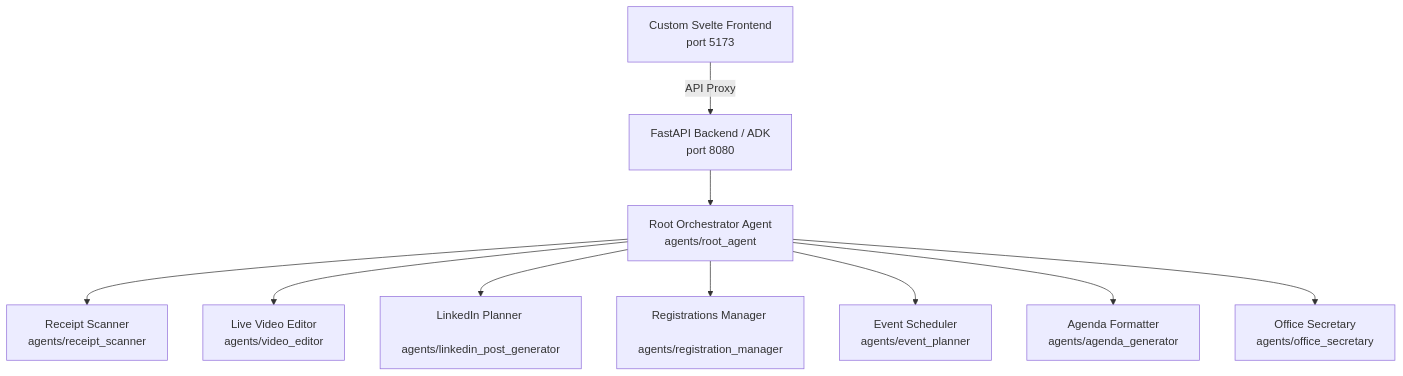
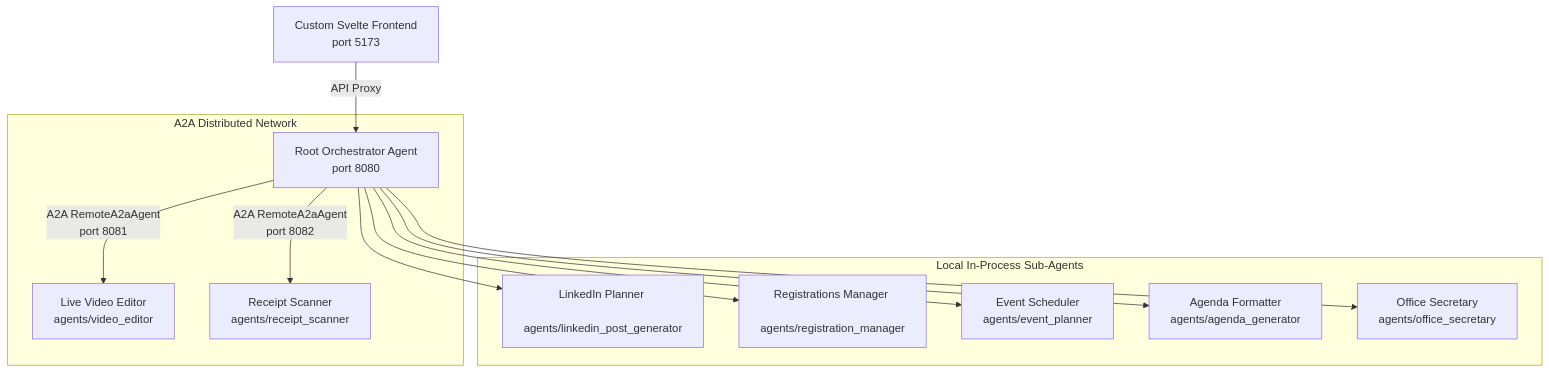
Before and after one commit to aplachykau-git/gdg_agents: the diagram in docs/setup_guide.md, drawn with Mermaid. The commit also changed 11 other files, not shown here.

Commit message:
feat: implement distributed Agent-to-Agent (A2A) architecture for video and receipt sub-agents and update frontend delegation UI.

````diff
--- a/docs/setup_guide.md
+++ b/docs/setup_guide.md
@@ -11,12 +11,17 @@
 ```mermaid
 graph TD
-    A[Custom Svelte Frontend <br> port 5173] -->|API Proxy| B[FastAPI Backend / ADK <br> port 8080]
-    B --> C[Root Orchestrator Agent <br> agents/root_agent]
-    C --> D[Receipt Scanner <br> agents/receipt_scanner]
-    C --> E[Live Video Editor <br> agents/video_editor]
-    C --> F[LinkedIn Planner <br> agents/linkedin_post_generator]
-    C --> G[Registrations Manager <br> agents/registration_manager]
-    C --> H[Event Scheduler <br> agents/event_planner]
-    C --> I[Agenda Formatter <br> agents/agenda_generator]
-    C --> J[Office Secretary <br> agents/office_secretary]
+    A[Custom Svelte Frontend <br> port 5173] -->|API Proxy| B[Root Orchestrator Agent <br> port 8080]
+    
+    subgraph "A2A Distributed Network"
+        B -->|A2A RemoteA2aAgent <br> port 8081| E[Live Video Editor <br> agents/video_editor]
+        B -->|A2A RemoteA2aAgent <br> port 8082| D[Receipt Scanner <br> agents/receipt_scanner]
+    end
+    
+    subgraph "Local In-Process Sub-Agents"
+        B --> F[LinkedIn Planner <br> agents/linkedin_post_generator]
+        B --> G[Registrations Manager <br> agents/registration_manager]
+        B --> H[Event Scheduler <br> agents/event_planner]
+        B --> I[Agenda Formatter <br> agents/agenda_generator]
+        B --> J[Office Secretary <br> agents/office_secretary]
+    end
 ```
````
